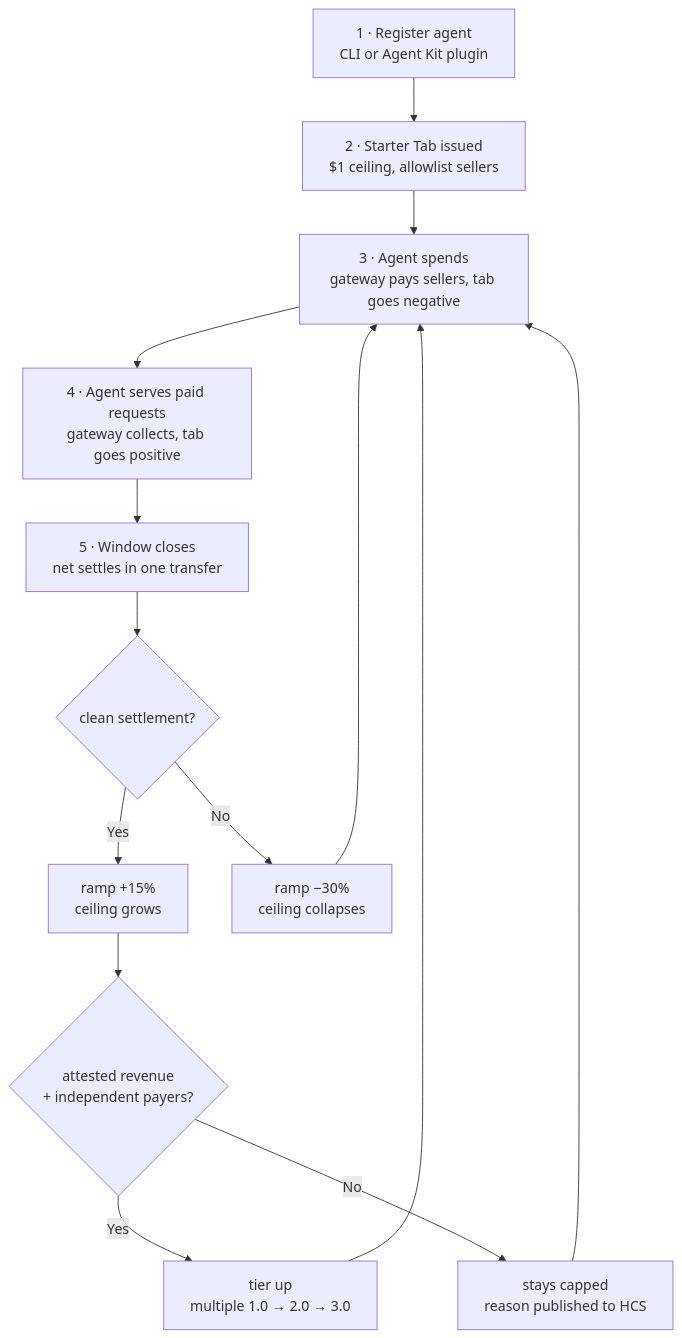
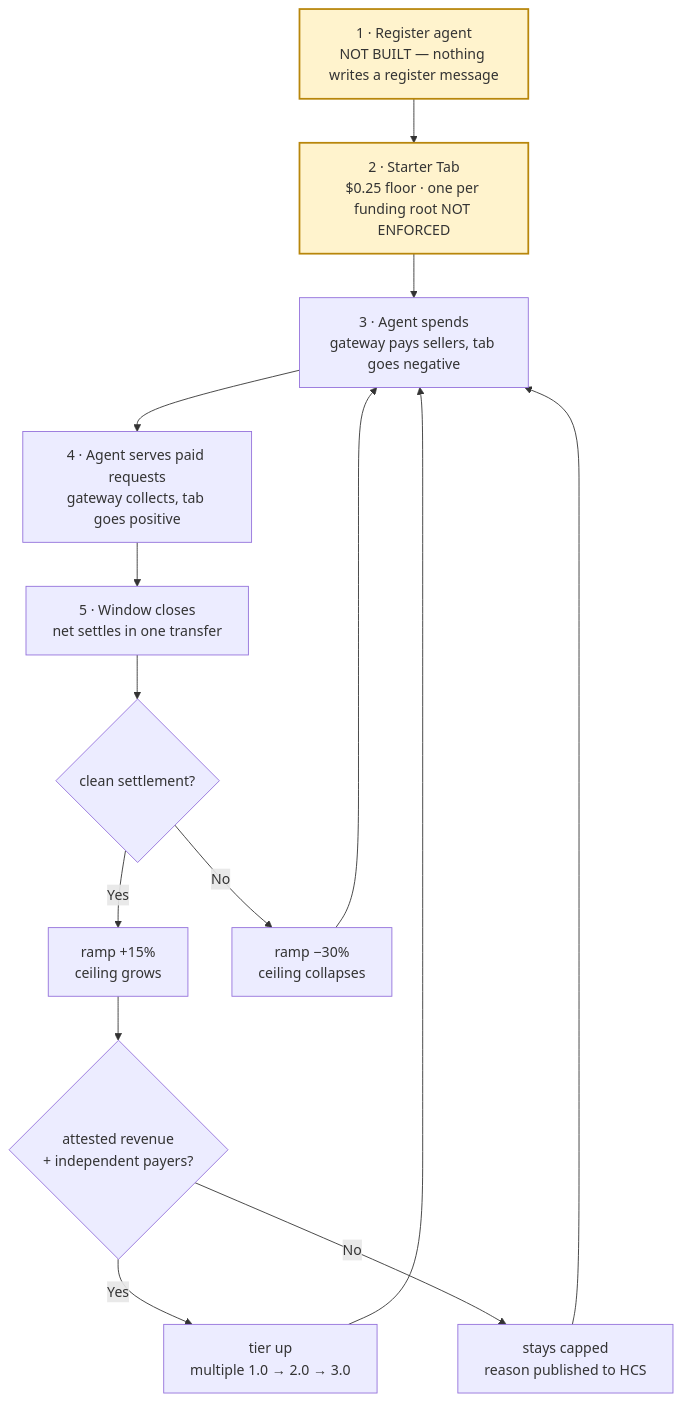
The ninth of 9 diagrams in README-TAB.md (TechnicallyKiller/Tab), drawn with Mermaid before and after one commit. The commit also changed other lines of this file and 11 other files, not shown here.

````diff
--- a/README-TAB.md
+++ b/README-TAB.md
@@ -400,16 +400,17 @@
 ```mermaid
 flowchart TD
-    S1["1 · Register agent<br/>CLI or Agent Kit plugin"] --> S2["2 · Starter Tab issued<br/>$1 ceiling, allowlist sellers"]
+    S1["1 · Register agent<br/>NOT BUILT — nothing writes a register message"]:::open --> S2["2 · Starter Tab<br/>$0.25 floor · one per funding root NOT ENFORCED"]:::open
     S2 --> S3["3 · Agent spends<br/>gateway pays sellers, tab goes negative"]
     S3 --> S4["4 · Agent serves paid requests<br/>gateway collects, tab goes positive"]
     S4 --> S5["5 · Window closes<br/>net settles in one transfer"]
     S5 --> S6{"clean settlement?"}
     S6 -->|Yes| S7["ramp +15%<br/>ceiling grows"]
     S6 -->|No| S8["ramp −30%<br/>ceiling collapses"]
     S7 --> S9{"attested revenue<br/>+ independent payers?"}
     S9 -->|Yes| S10["tier up<br/>multiple 1.0 → 2.0 → 3.0"]
     S9 -->|No| S11["stays capped<br/>reason published to HCS"]
     S10 --> S3
     S11 --> S3
     S8 --> S3
+    classDef open fill:#fff3cd,stroke:#b8860b,stroke-width:2px;
 ```
````
